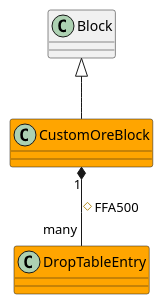
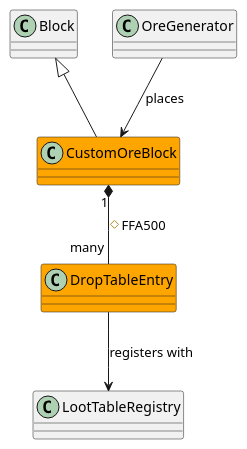
The diagram in plugins/my-tools/skills/design-preview/SKILL.md (Boulede987/dotfiles-claude), drawn with PlantUML before and after one commit. The commit also changed other lines of this file, not shown here.

First line of the commit message:
feat(skills): show existing neighborhood in design-preview diagrams

````diff
--- a/plugins/my-tools/skills/design-preview/SKILL.md
+++ b/plugins/my-tools/skills/design-preview/SKILL.md
@@ -31,10 +42,15 @@
 ```plantuml
 @startuml custom_ore_block
 class Block
+class OreGenerator
+class LootTableRegistry
+
 class CustomOreBlock #FFA500
 class DropTableEntry #FFA500
 
 Block <|-- CustomOreBlock
+OreGenerator --> CustomOreBlock : places
 CustomOreBlock "1" *-- "many" DropTableEntry : #FFA500
+DropTableEntry --> LootTableRegistry : registers with
 @enduml
 ```
````
